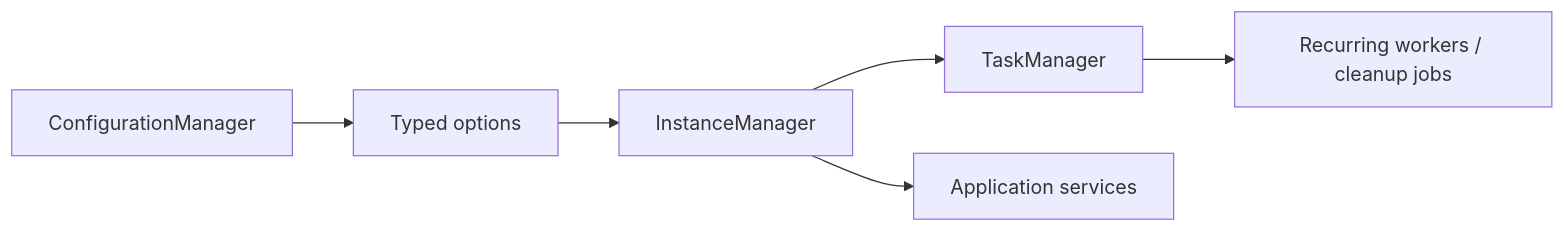
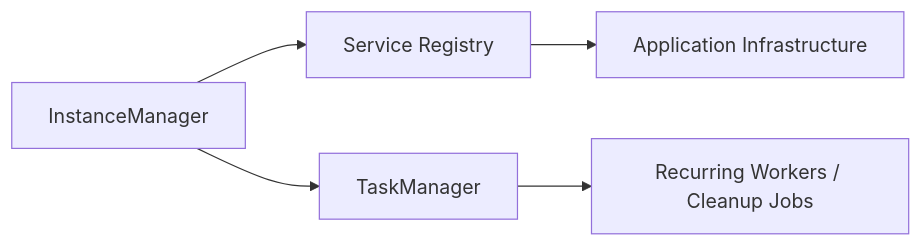
One commit to ppn-systems/Nalix changed the diagram in docs/packages/nalix-framework.md. Above: the diagram before and after it, drawn with Mermaid. The commit also changed other lines of this file and 1038 other files, not shown here.

````diff
--- a/docs/packages/nalix-framework.md
+++ b/docs/packages/nalix-framework.md
@@ -10,8 +7,7 @@
 ```mermaid
 flowchart LR
-    A["ConfigurationManager"] --> B["Typed options"]
-    B --> C["InstanceManager"]
-    C --> D["TaskManager"]
-    C --> E["Application services"]
-    D --> F["Recurring workers / cleanup jobs"]
+    A["InstanceManager"] --> B["Service Registry"]
+    A --> C["TaskManager"]
+    B --> D["Application Infrastructure"]
+    C --> E["Recurring Workers / Cleanup Jobs"]
 ```
````
